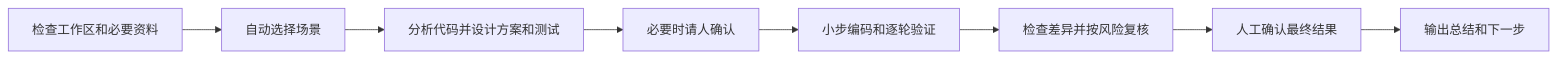
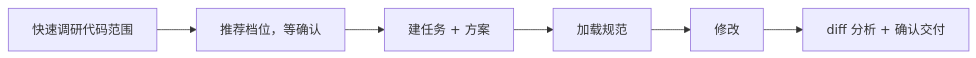
One commit to jiargcn/winin-dev-sop changed the diagram in 开发人员一页操作卡.md. Above: the diagram before and after it, drawn with Mermaid. The commit also changed other lines of this file and 28 other files, not shown here.

````diff
--- a/开发人员一页操作卡.md
+++ b/开发人员一页操作卡.md
@@ -17,10 +17,4 @@
 ```mermaid
 flowchart LR
-    A["检查工作区和必要资料"] --> B["自动选择场景"]
-    B --> C["分析代码并设计方案和测试"]
-    C --> D["必要时请人确认"]
-    D --> E["小步编码和逐轮验证"]
-    E --> F["检查差异并按风险复核"]
-    F --> G["人工确认最终结果"]
-    G --> H["输出总结和下一步"]
+    A["快速调研代码范围"] --> B["推荐档位，等确认"] --> C["建任务 + 方案"] --> D["加载规范"] --> E["修改"] --> F["diff 分析 + 确认交付"]
 ```
````
